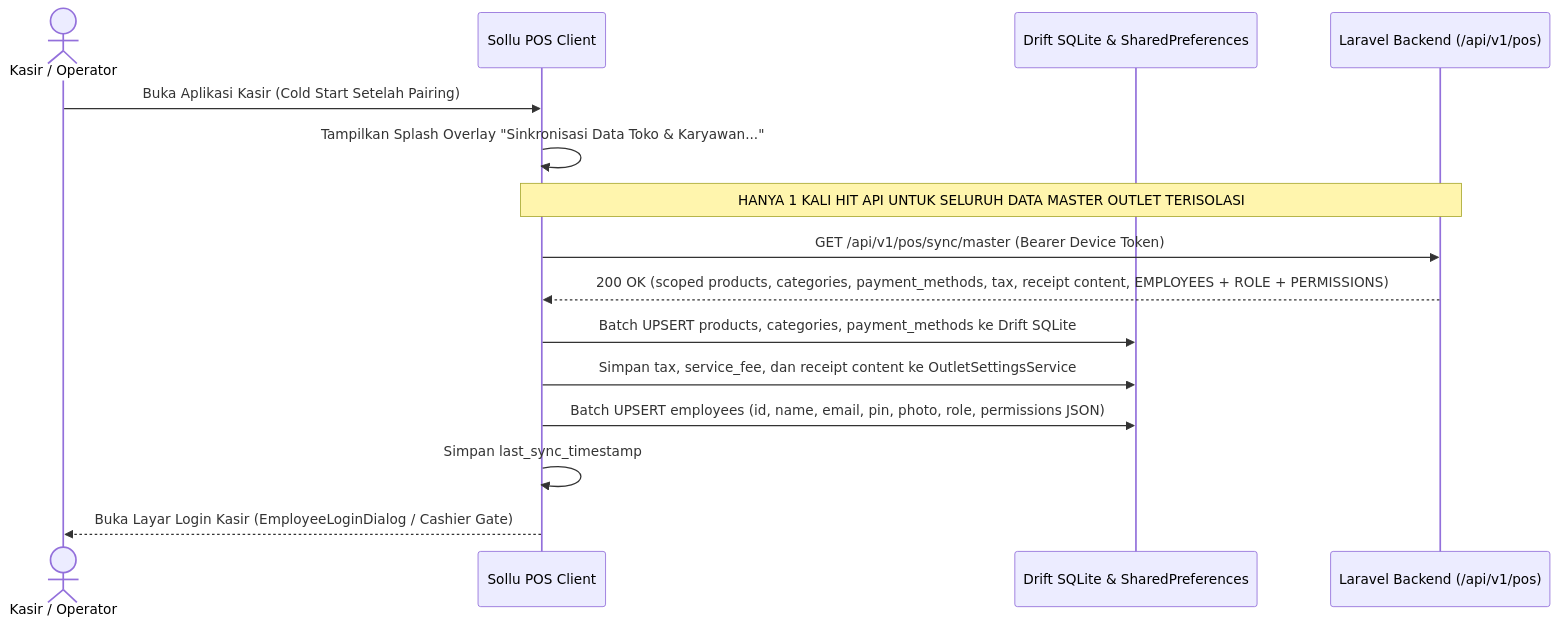
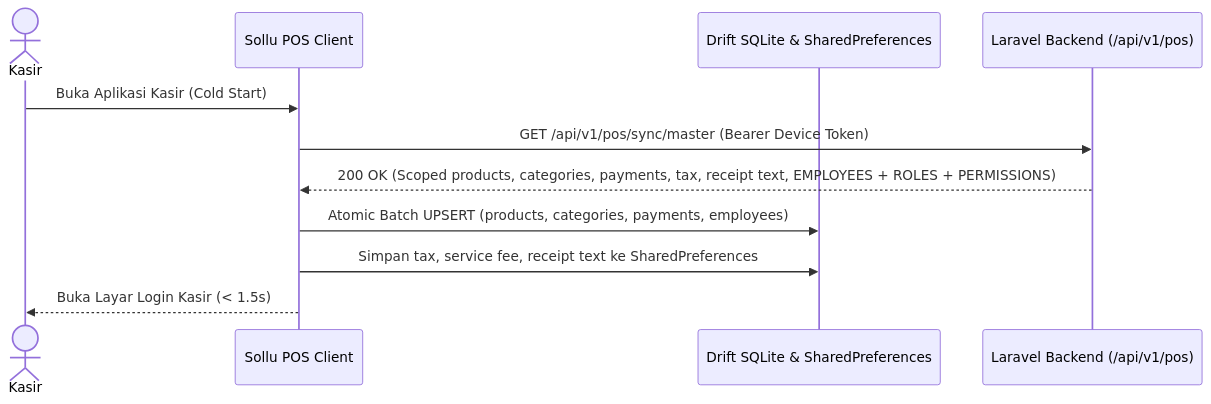
Before and after one commit to whykrr/sollu-app: the first of 3 diagrams in prd/PRD Transaksi - Channel POS V1.2 Initial Master Data, Hardware Printer & Core Register Screens.md, drawn with Mermaid. The commit also changed other lines of this file and 6 other files, not shown here.

Commit message:
Enhance V1.3 Core Fast Checkout: Implement reconnection handshake and delta sync mechanism, ensuring non-blocking background processing for transaction push. Add comprehensive tests for transaction synchronization, idempotency, and master data retrieval with permission checks.

````diff
--- a/prd/PRD Transaksi - Channel POS V1.2 Initial Master Data, Hardware Printer & Core Register Screens.md
+++ b/prd/PRD Transaksi - Channel POS V1.2 Initial Master Data, Hardware Printer & Core Register Screens.md
@@ -137,21 +108,14 @@
 ```mermaid
 sequenceDiagram
-    actor Cashier as Kasir / Operator
+    actor Cashier as Kasir
     participant App as Sollu POS Client
     participant LocalDB as Drift SQLite & SharedPreferences
     participant Backend as Laravel Backend (/api/v1/pos)
 
-    Cashier->>App: Buka Aplikasi Kasir (Cold Start Setelah Pairing)
-    App->>App: Tampilkan Splash Overlay "Sinkronisasi Data Toko & Karyawan..."
-    
-    Note over App,Backend: HANYA 1 KALI HIT API UNTUK SELURUH DATA MASTER OUTLET TERISOLASI
+    Cashier->>App: Buka Aplikasi Kasir (Cold Start)
     App->>Backend: GET /api/v1/pos/sync/master (Bearer Device Token)
-    Backend-->>App: 200 OK (scoped products, categories, payment_methods, tax, receipt content, EMPLOYEES + ROLE + PERMISSIONS)
-    
-    App->>LocalDB: Batch UPSERT products, categories, payment_methods ke Drift SQLite
-    App->>LocalDB: Simpan tax, service_fee, dan receipt content ke OutletSettingsService
-    App->>LocalDB: Batch UPSERT employees (id, name, email, pin, photo, role, permissions JSON)
-    
-    App->>App: Simpan last_sync_timestamp
-    App-->>Cashier: Buka Layar Login Kasir (EmployeeLoginDialog / Cashier Gate)
+    Backend-->>App: 200 OK (Scoped products, categories, payments, tax, receipt text, EMPLOYEES + ROLES + PERMISSIONS)
+    App->>LocalDB: Atomic Batch UPSERT (products, categories, payments, employees)
+    App->>LocalDB: Simpan tax, service fee, receipt text ke SharedPreferences
+    App-->>Cashier: Buka Layar Login Kasir (< 1.5s)
 ```
````
